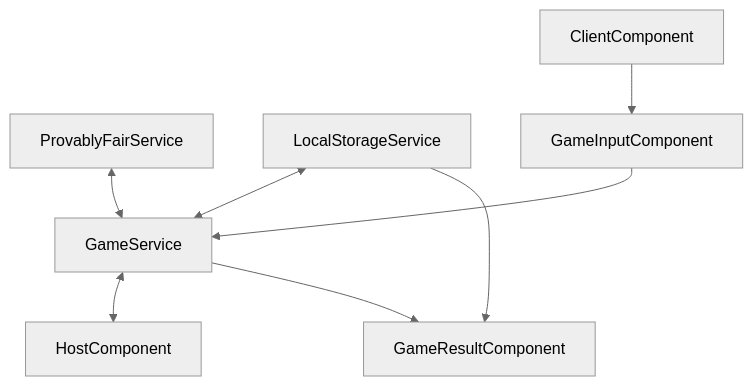
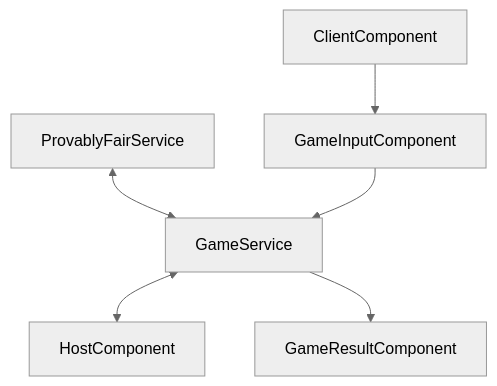
Before and after one commit to 840/provably-fair: the diagram in README.md, drawn with Mermaid (neutral theme). The commit also changed 6 other files, not shown here.

Commit message:
Not sure why I made a service for localStorage

````diff
--- a/README.md
+++ b/README.md
@@ -49,13 +49,10 @@
 ```mermaid
     flowchart TD;
         ProvablyFairService<-->GameService;
-
-        LocalStorageService<-->GameService;
-        LocalStorageService-->GameResultComponent;
 
         GameService<-->HostComponent;
         GameService-->GameResultComponent;
         
         ClientComponent-->GameInputComponent;
         GameInputComponent-->GameService;
 ```
````
